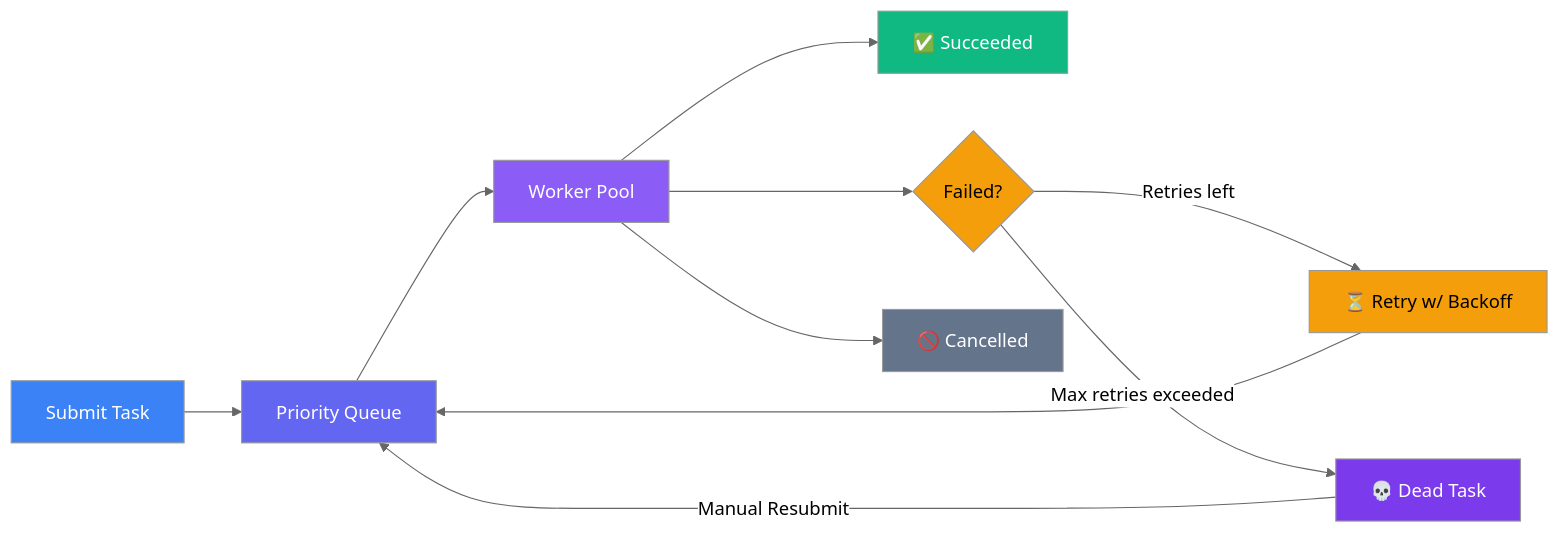
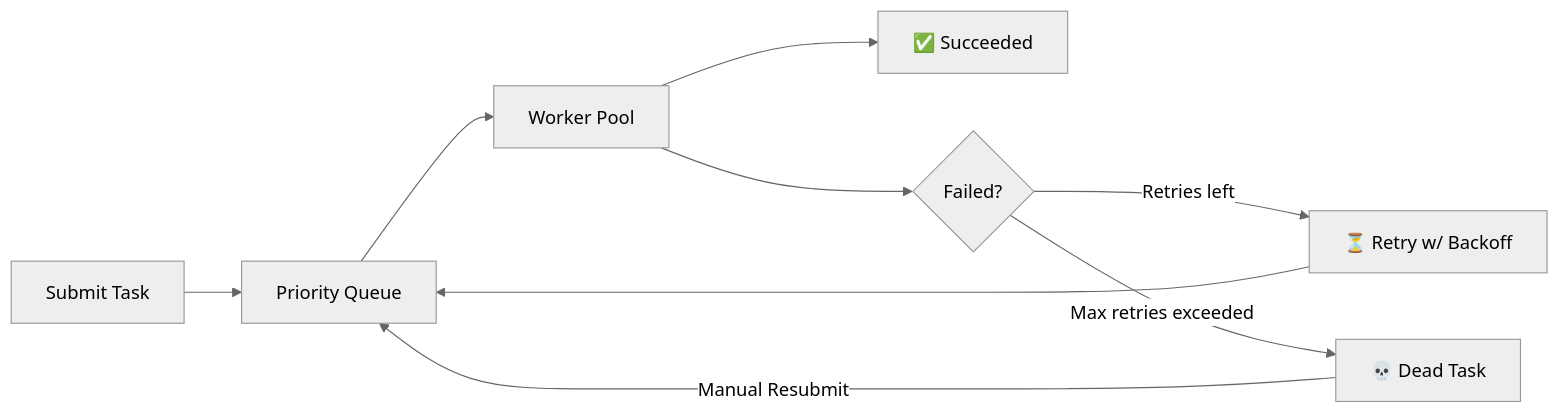
One commit to lupppig/skedulr changed the diagram in Readme.md. Above: the diagram before and after it, drawn with Mermaid (neutral theme). The commit also changed other lines of this file and 3 other files, not shown here.

````diff
--- a/Readme.md
+++ b/Readme.md
@@ -37,21 +113,11 @@
 ```mermaid
 flowchart LR
     Submit["Submit Task"] --> PQ["Priority Queue"]
     PQ --> Worker["Worker Pool"]
     Worker --> Success["✅ Succeeded"]
     Worker --> Fail{"Failed?"}
     Fail -->|"Retries left"| Retry["⏳ Retry w/ Backoff"]
     Retry --> PQ
     Fail -->|"Max retries exceeded"| Dead["💀 Dead Task"]
     Dead -->|"Manual Resubmit"| PQ
-    Worker --> Cancel["🚫 Cancelled"]
-
-    style Submit fill:#3b82f6,color:#fff
-    style PQ fill:#6366f1,color:#fff
-    style Worker fill:#8b5cf6,color:#fff
-    style Success fill:#10b981,color:#fff
-    style Fail fill:#f59e0b,color:#000
-    style Retry fill:#f59e0b,color:#000
-    style Dead fill:#7c3aed,color:#fff
-    style Cancel fill:#64748b,color:#fff
 ```
````
